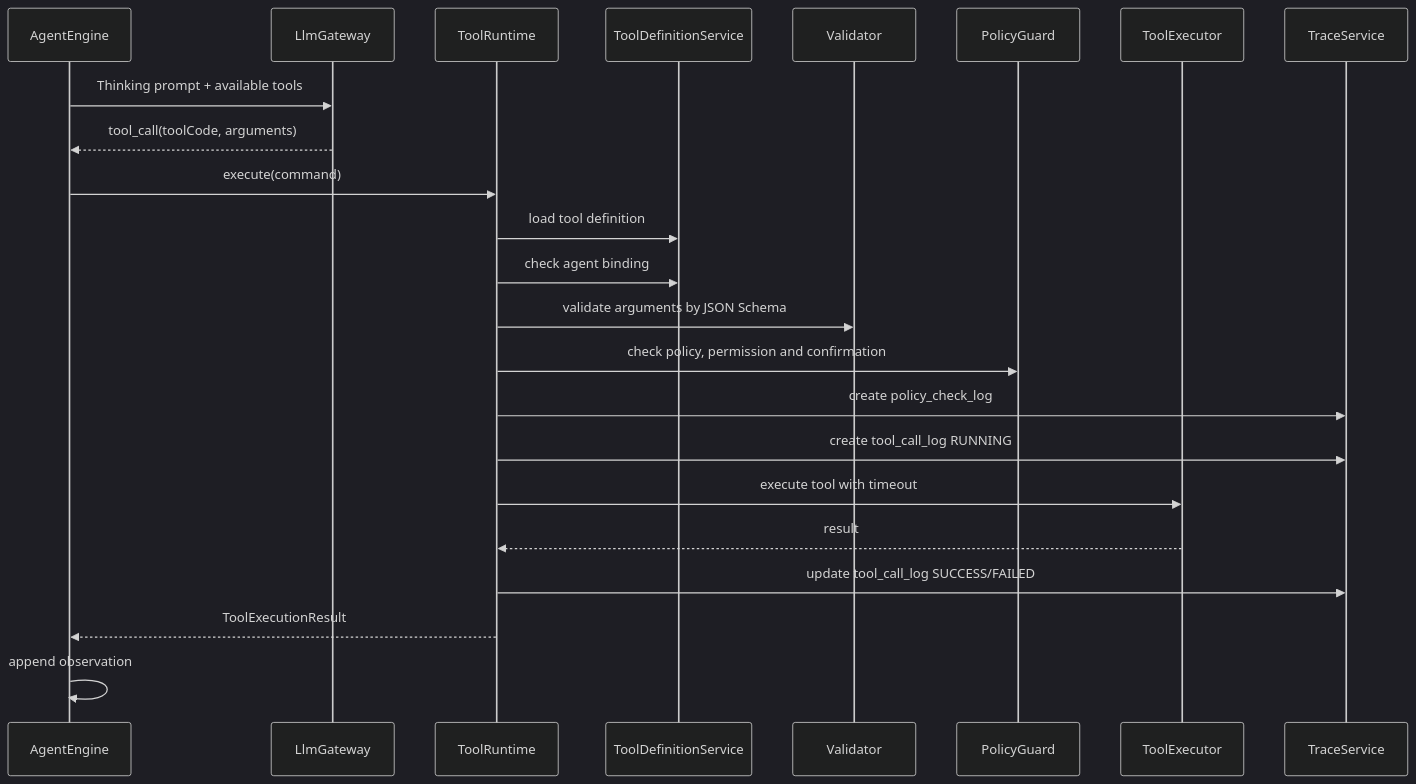
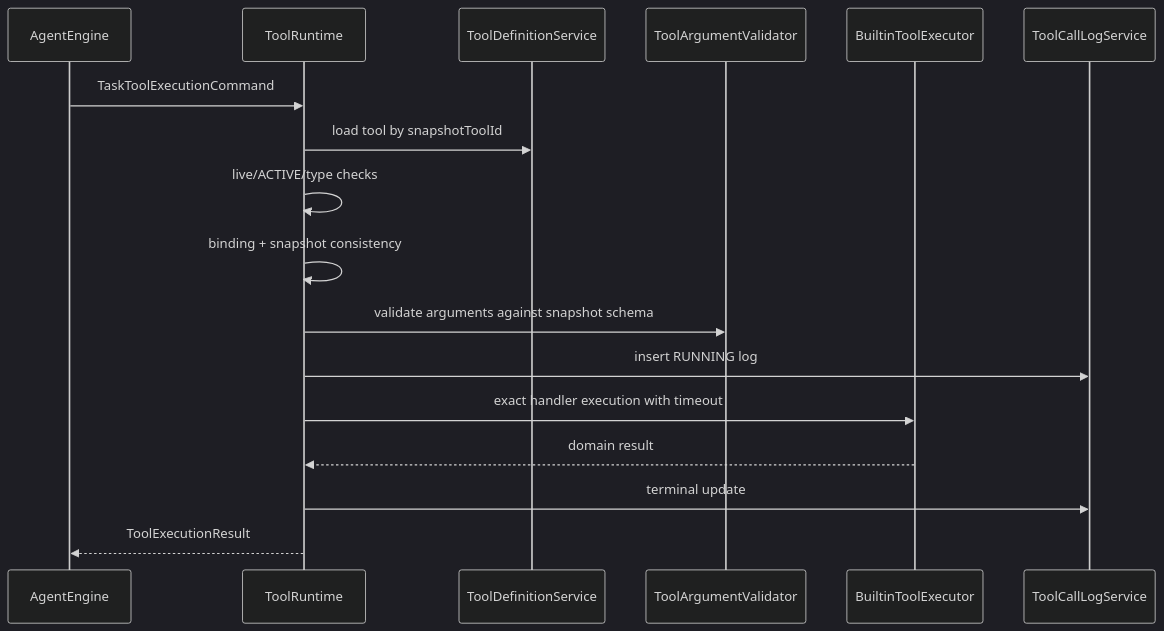
One commit to Xavi-L/AgentFlow-Hub changed the diagram in spec-docs/agentflow-hub-tool-system-design.md. Above: the diagram before and after it, drawn with Mermaid (dark theme). The commit also changed other lines of this file and 10 other files, not shown here.

Commit message:
docs: align V0.1 architecture contracts

````diff
--- a/spec-docs/agentflow-hub-tool-system-design.md
+++ b/spec-docs/agentflow-hub-tool-system-design.md
@@ -339,26 +308,20 @@
 ```mermaid
 sequenceDiagram
     participant AE as AgentEngine
-    participant LLM as LlmGateway
     participant TR as ToolRuntime
     participant TD as ToolDefinitionService
-    participant V as Validator
-    participant P as PolicyGuard
-    participant EX as ToolExecutor
-    participant LOG as TraceService
+    participant V as ToolArgumentValidator
+    participant EX as BuiltinToolExecutor
+    participant LOG as ToolCallLogService
 
-    AE->>LLM: Thinking prompt + available tools
-    LLM-->>AE: tool_call(toolCode, arguments)
-    AE->>TR: execute(command)
-    TR->>TD: load tool definition
-    TR->>TD: check agent binding
-    TR->>V: validate arguments by JSON Schema
-    TR->>P: check policy, permission and confirmation
-    TR->>LOG: create policy_check_log
-    TR->>LOG: create tool_call_log RUNNING
-    TR->>EX: execute tool with timeout
-    EX-->>TR: result
-    TR->>LOG: update tool_call_log SUCCESS/FAILED
+    AE->>TR: TaskToolExecutionCommand
+    TR->>TD: load tool by snapshotToolId
+    TR->>TR: live/ACTIVE/type checks
+    TR->>TR: binding + snapshot consistency
+    TR->>V: validate arguments against snapshot schema
+    TR->>LOG: insert RUNNING log
+    TR->>EX: exact handler execution with timeout
+    EX-->>TR: domain result
+    TR->>LOG: terminal update
     TR-->>AE: ToolExecutionResult
-    AE->>AE: append observation
 ```
````
